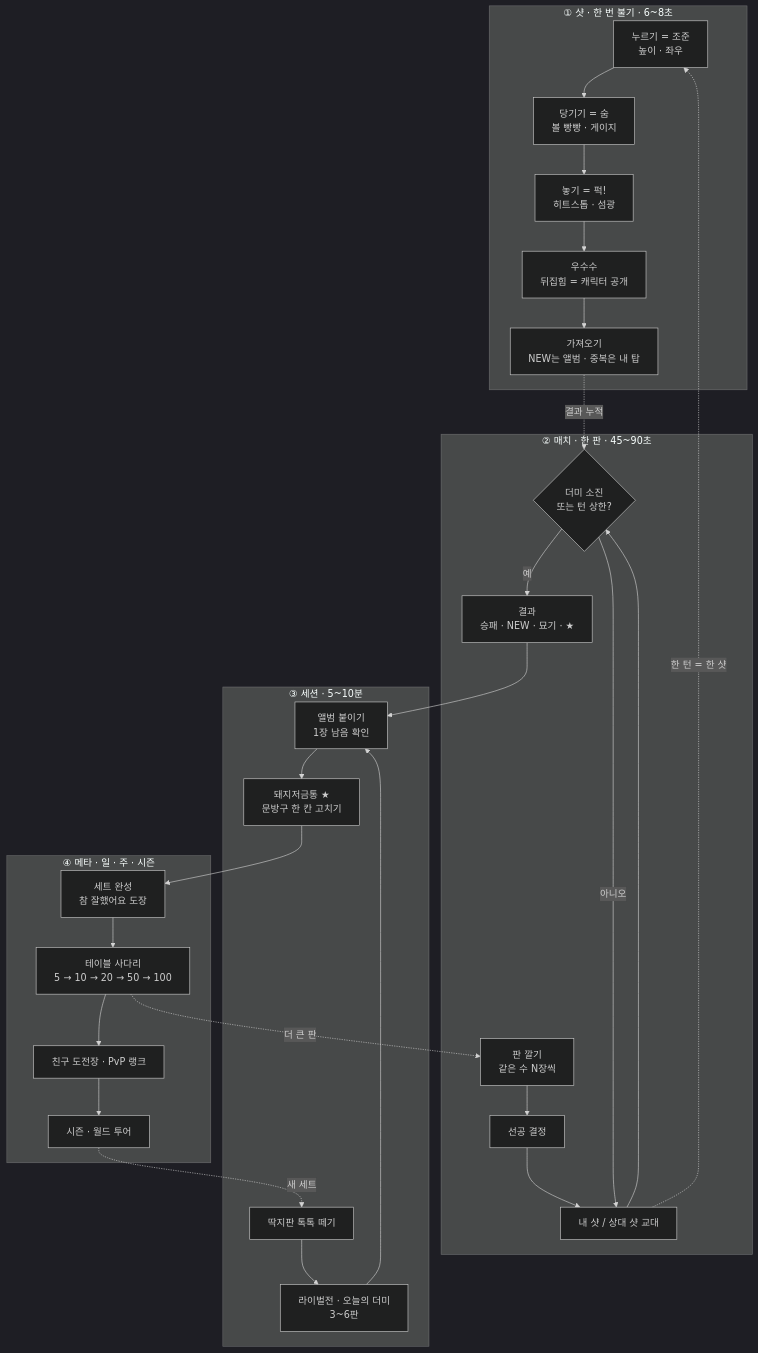
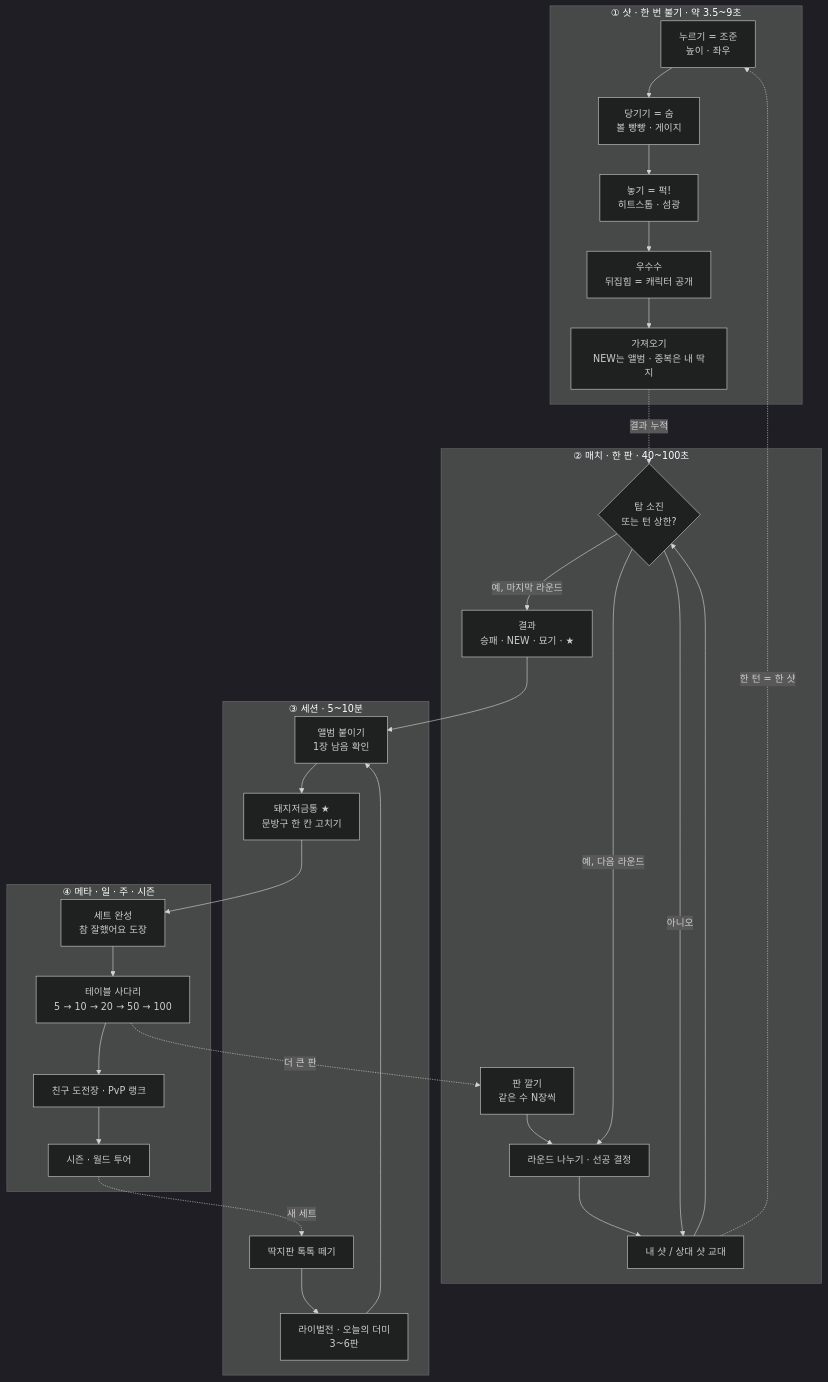
One commit to ffogtive/G2 changed the diagram in docs/design/GDD.md. Above: the diagram before and after it, drawn with Mermaid (dark theme). The commit also changed other lines of this file and 22 other files, not shown here.

````diff
--- a/docs/design/GDD.md
+++ b/docs/design/GDD.md
@@ -99,32 +134,33 @@
 ```mermaid
 flowchart TD
-  subgraph SHOT["① 샷 · 한 번 불기 · 6~8초"]
+  subgraph SHOT["① 샷 · 한 번 불기 · 약 3.5~9초"]
     s1["누르기 = 조준<br/>높이 · 좌우"] --> s2["당기기 = 숨<br/>볼 빵빵 · 게이지"]
     s2 --> s3["놓기 = 퍽!<br/>히트스톱 · 섬광"]
     s3 --> s4["우수수<br/>뒤집힘 = 캐릭터 공개"]
-    s4 --> s5["가져오기<br/>NEW는 앨범 · 중복은 내 탑"]
+    s4 --> s5["가져오기<br/>NEW는 앨범 · 중복은 내 딱지"]
   end
-  subgraph MATCH["② 매치 · 한 판 · 45~90초"]
-    m1["판 깔기<br/>같은 수 N장씩"] --> m2["선공 결정"]
+  subgraph MATCH["② 매치 · 한 판 · 40~100초"]
+    m1["판 깔기<br/>같은 수 N장씩"] --> m2["라운드 나누기 · 선공 결정"]
     m2 --> m3["내 샷 / 상대 샷 교대"]
-    m3 --> m4{"더미 소진<br/>또는 턴 상한?"}
+    m3 --> m4{"탑 소진<br/>또는 턴 상한?"}
     m4 -->|아니오| m3
-    m4 -->|예| m5["결과<br/>승패 · NEW · 묘기 · ★"]
+    m4 -->|예, 다음 라운드| m2
+    m4 -->|예, 마지막 라운드| m5["결과<br/>승패 · NEW · 묘기 · ★"]
   end
   subgraph SESSION["③ 세션 · 5~10분"]
     e1["딱지판 톡톡 떼기"] --> e2["라이벌전 · 오늘의 더미<br/>3~6판"]
     e2 --> e3["앨범 붙이기<br/>1장 남음 확인"]
     e3 --> e4["돼지저금통 ★<br/>문방구 한 칸 고치기"]
   end
   subgraph META["④ 메타 · 일 · 주 · 시즌"]
     x1["세트 완성<br/>참 잘했어요 도장"] --> x2["테이블 사다리<br/>5 → 10 → 20 → 50 → 100"]
     x2 --> x3["친구 도전장 · PvP 랭크"]
     x3 --> x4["시즌 · 월드 투어"]
   end
   m3 -. 한 턴 = 한 샷 .-> s1
   s5 -. 결과 누적 .-> m4
   m5 --> e3
   e4 --> x1
   x2 -. 더 큰 판 .-> m1
   x4 -. 새 세트 .-> e1
 ```
````
